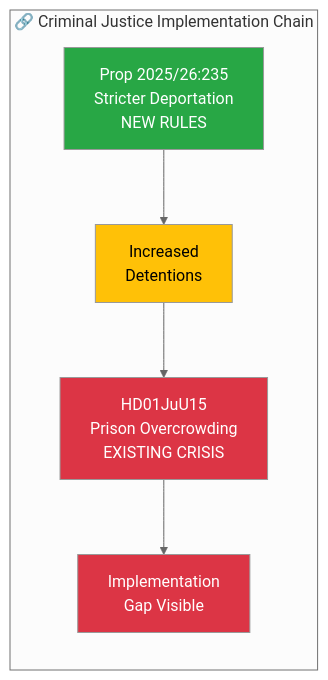
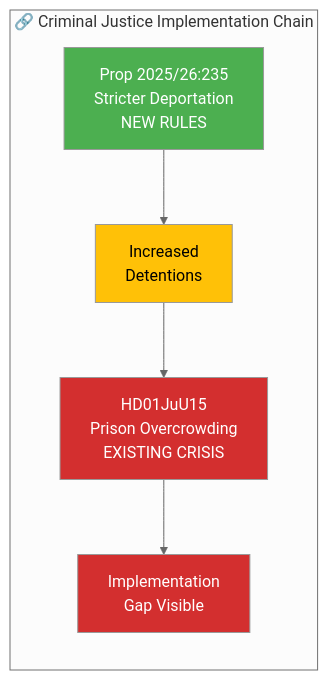
The second of 3 diagrams in analysis/daily/2026-04-03/realtime-1018/synthesis-summary.md (Hack23/riksdagsmonitor), drawn with Mermaid (neutral theme) before and after one commit. The commit also changed other lines of this file and 785 other files, not shown here.

First line of the commit message:
Normalize mermaid colors across 786 analysis artifacts to ISMS Style Guide palette

````diff
--- a/analysis/daily/2026-04-03/realtime-1018/synthesis-summary.md
+++ b/analysis/daily/2026-04-03/realtime-1018/synthesis-summary.md
@@ -72,13 +72,13 @@
 ```mermaid
 graph LR
     subgraph "🔗 Criminal Justice Implementation Chain"
         A["Prop 2025/26:235<br/>Stricter Deportation<br/>NEW RULES"] --> B["Increased<br/>Detentions"]
         B --> C["HD01JuU15<br/>Prison Overcrowding<br/>EXISTING CRISIS"]
         C --> D["Implementation<br/>Gap Visible"]
     end
 
-    style A fill:#28a745,color:#fff
-    style B fill:#ffc107,color:#000
-    style C fill:#dc3545,color:#fff
-    style D fill:#dc3545,color:#fff
+    style A fill:#4CAF50,color:#FFFFFF
+    style B fill:#FFC107,color:#000000
+    style C fill:#D32F2F,color:#FFFFFF
+    style D fill:#D32F2F,color:#FFFFFF
 ```
````
